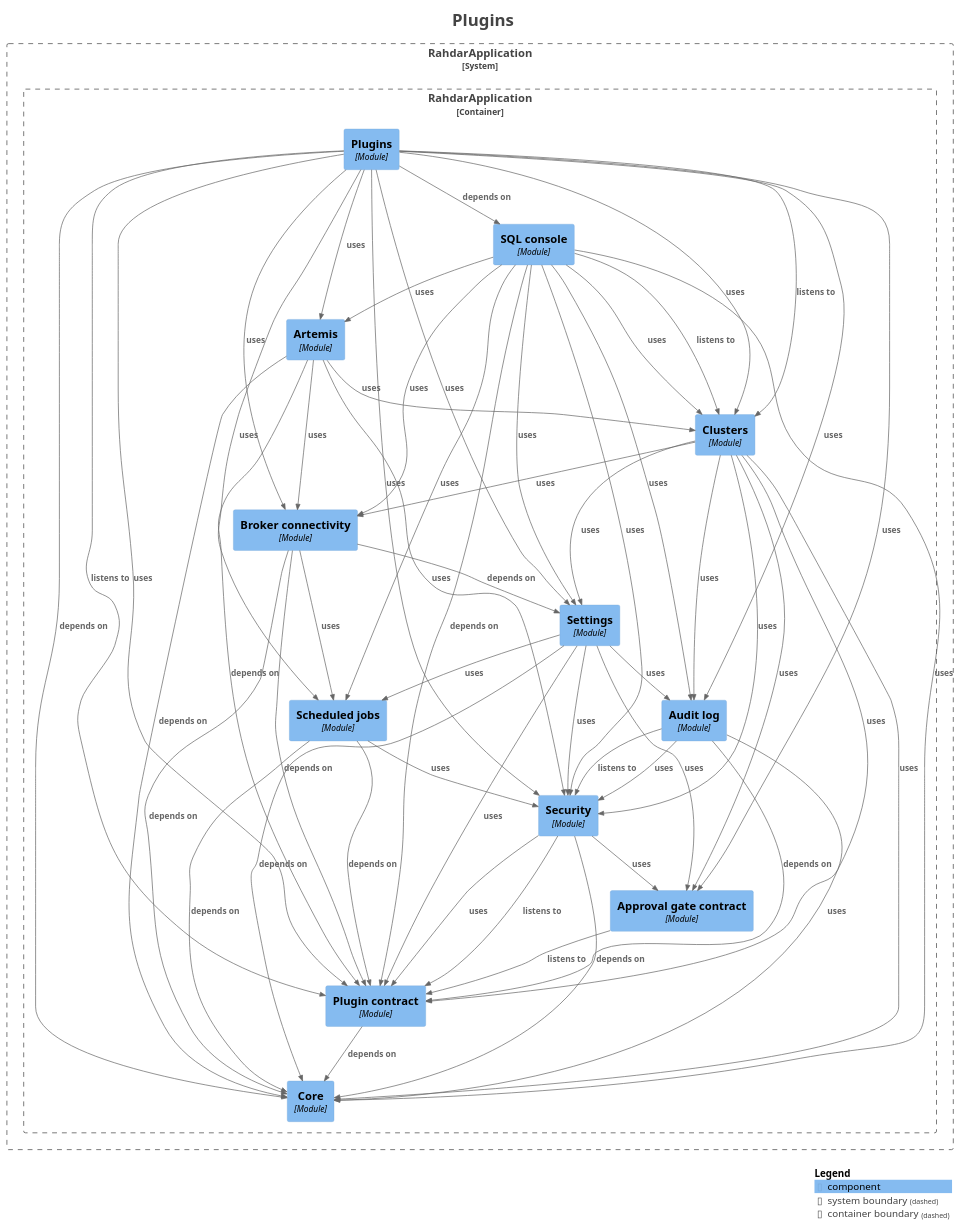
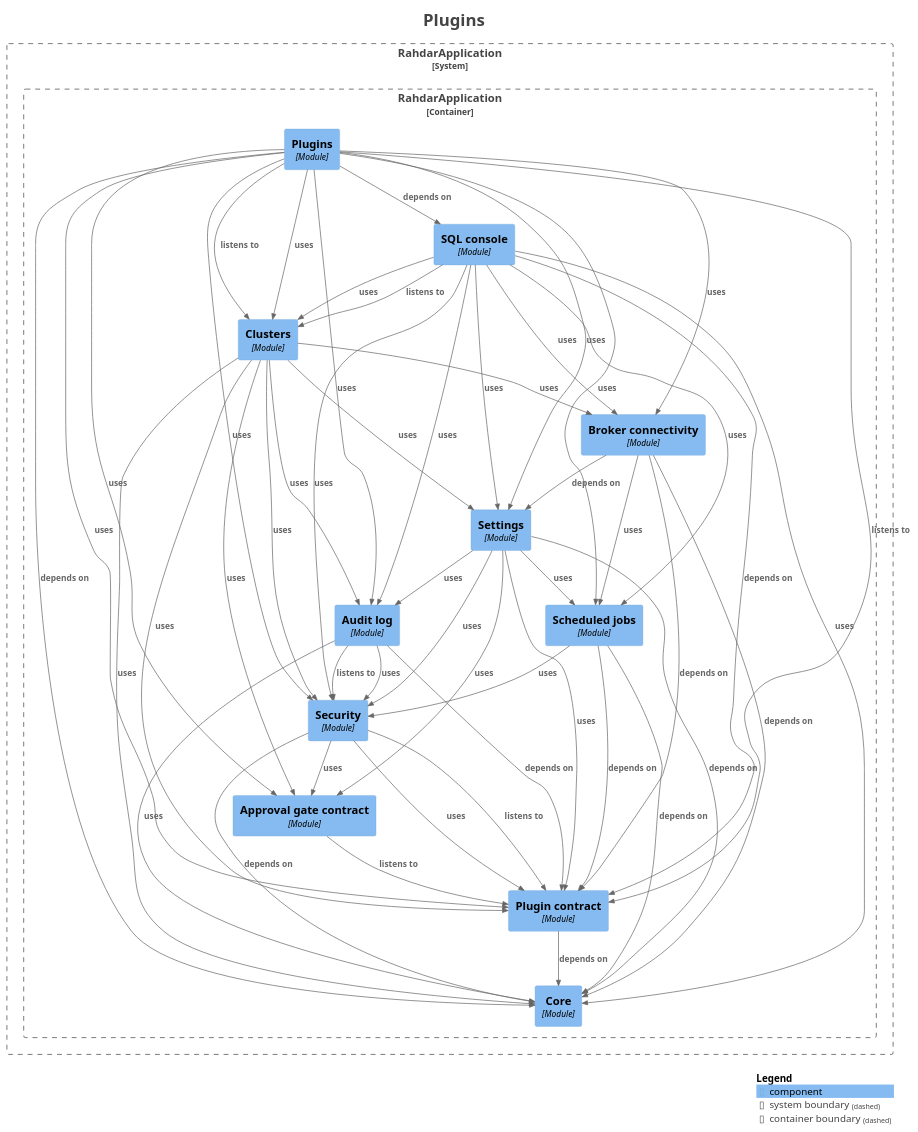
The diagram in docs/modules/module-feature.plugins.puml (sudoitir/rahdar), drawn with PlantUML before and after one commit. The commit also changed 63 other files, not shown here.

First line of the commit message:
refactor(broker): move taps, transfer staging and flow sampling behind system extensions

```diff
--- a/docs/modules/module-feature.plugins.puml
+++ b/docs/modules/module-feature.plugins.puml
@@ -1,97 +1,89 @@
 @startuml
 title <size:24>Plugins</size>
 
 set separator none
 top to bottom direction
 
 <style>
   root {
     BackgroundColor: #ffffff
     FontColor: #444444
   }
 </style>
 
 !include <C4/C4>
 !include <C4/C4_Context>
 !include <C4/C4_Component>
 
 System_Boundary("RahdarApplication_boundary", "RahdarApplication", $tags="") {
   Container_Boundary("RahdarApplication.RahdarApplication_boundary", "RahdarApplication", $tags="") {
     Component(RahdarApplication.RahdarApplication.Approvalgatecontract, "Approval gate contract", $techn="Module", $descr="", $tags="", $link="")
-    Component(RahdarApplication.RahdarApplication.Artemis, "Artemis", $techn="Module", $descr="", $tags="", $link="")
     Component(RahdarApplication.RahdarApplication.Auditlog, "Audit log", $techn="Module", $descr="", $tags="", $link="")
     Component(RahdarApplication.RahdarApplication.Brokerconnectivity, "Broker connectivity", $techn="Module", $descr="", $tags="", $link="")
     Component(RahdarApplication.RahdarApplication.Clusters, "Clusters", $techn="Module", $descr="", $tags="", $link="")
     Component(RahdarApplication.RahdarApplication.Core, "Core", $techn="Module", $descr="", $tags="", $link="")
     Component(RahdarApplication.RahdarApplication.Plugincontract, "Plugin contract", $techn="Module", $descr="", $tags="", $link="")
     Component(RahdarApplication.RahdarApplication.Plugins, "Plugins", $techn="Module", $descr="", $tags="", $link="")
     Component(RahdarApplication.RahdarApplication.SQLconsole, "SQL console", $techn="Module", $descr="", $tags="", $link="")
     Component(RahdarApplication.RahdarApplication.Scheduledjobs, "Scheduled jobs", $techn="Module", $descr="", $tags="", $link="")
     Component(RahdarApplication.RahdarApplication.Security, "Security", $techn="Module", $descr="", $tags="", $link="")
     Component(RahdarApplication.RahdarApplication.Settings, "Settings", $techn="Module", $descr="", $tags="", $link="")
   }
 
 }
 
 Rel(RahdarApplication.RahdarApplication.Approvalgatecontract, RahdarApplication.RahdarApplication.Plugincontract, "listens to", $techn="", $tags="", $link="")
-Rel(RahdarApplication.RahdarApplication.Artemis, RahdarApplication.RahdarApplication.Brokerconnectivity, "uses", $techn="", $tags="", $link="")
-Rel(RahdarApplication.RahdarApplication.Artemis, RahdarApplication.RahdarApplication.Clusters, "uses", $techn="", $tags="", $link="")
-Rel(RahdarApplication.RahdarApplication.Artemis, RahdarApplication.RahdarApplication.Core, "depends on", $techn="", $tags="", $link="")
-Rel(RahdarApplication.RahdarApplication.Artemis, RahdarApplication.RahdarApplication.Plugincontract, "depends on", $techn="", $tags="", $link="")
-Rel(RahdarApplication.RahdarApplication.Artemis, RahdarApplication.RahdarApplication.Security, "uses", $techn="", $tags="", $link="")
 Rel(RahdarApplication.RahdarApplication.Auditlog, RahdarApplication.RahdarApplication.Core, "uses", $techn="", $tags="", $link="")
 Rel(RahdarApplication.RahdarApplication.Auditlog, RahdarApplication.RahdarApplication.Plugincontract, "depends on", $techn="", $tags="", $link="")
 Rel(RahdarApplication.RahdarApplication.Auditlog, RahdarApplication.RahdarApplication.Security, "listens to", $techn="", $tags="", $link="")
 Rel(RahdarApplication.RahdarApplication.Auditlog, RahdarApplication.RahdarApplication.Security, "uses", $techn="", $tags="", $link="")
 Rel(RahdarApplication.RahdarApplication.Brokerconnectivity, RahdarApplication.RahdarApplication.Core, "depends on", $techn="", $tags="", $link="")
 Rel(RahdarApplication.RahdarApplication.Brokerconnectivity, RahdarApplication.RahdarApplication.Plugincontract, "depends on", $techn="", $tags="", $link="")
 Rel(RahdarApplication.RahdarApplication.Brokerconnectivity, RahdarApplication.RahdarApplication.Scheduledjobs, "uses", $techn="", $tags="", $link="")
 Rel(RahdarApplication.RahdarApplication.Brokerconnectivity, RahdarApplication.RahdarApplication.Settings, "depends on", $techn="", $tags="", $link="")
 Rel(RahdarApplication.RahdarApplication.Clusters, RahdarApplication.RahdarApplication.Approvalgatecontract, "uses", $techn="", $tags="", $link="")
 Rel(RahdarApplication.RahdarApplication.Clusters, RahdarApplication.RahdarApplication.Auditlog, "uses", $techn="", $tags="", $link="")
 Rel(RahdarApplication.RahdarApplication.Clusters, RahdarApplication.RahdarApplication.Brokerconnectivity, "uses", $techn="", $tags="", $link="")
 Rel(RahdarApplication.RahdarApplication.Clusters, RahdarApplication.RahdarApplication.Core, "uses", $techn="", $tags="", $link="")
 Rel(RahdarApplication.RahdarApplication.Clusters, RahdarApplication.RahdarApplication.Plugincontract, "uses", $techn="", $tags="", $link="")
 Rel(RahdarApplication.RahdarApplication.Clusters, RahdarApplication.RahdarApplication.Security, "uses", $techn="", $tags="", $link="")
 Rel(RahdarApplication.RahdarApplication.Clusters, RahdarApplication.RahdarApplication.Settings, "uses", $techn="", $tags="", $link="")
 Rel(RahdarApplication.RahdarApplication.Plugincontract, RahdarApplication.RahdarApplication.Core, "depends on", $techn="", $tags="", $link="")
 Rel(RahdarApplication.RahdarApplication.Plugins, RahdarApplication.RahdarApplication.Approvalgatecontract, "uses", $techn="", $tags="", $link="")
-Rel(RahdarApplication.RahdarApplication.Plugins, RahdarApplication.RahdarApplication.Artemis, "uses", $techn="", $tags="", $link="")
 Rel(RahdarApplication.RahdarApplication.Plugins, RahdarApplication.RahdarApplication.Auditlog, "uses", $techn="", $tags="", $link="")
 Rel(RahdarApplication.RahdarApplication.Plugins, RahdarApplication.RahdarApplication.Brokerconnectivity, "uses", $techn="", $tags="", $link="")
 Rel(RahdarApplication.RahdarApplication.Plugins, RahdarApplication.RahdarApplication.Clusters, "listens to", $techn="", $tags="", $link="")
 Rel(RahdarApplication.RahdarApplication.Plugins, RahdarApplication.RahdarApplication.Clusters, "uses", $techn="", $tags="", $link="")
 Rel(RahdarApplication.RahdarApplication.Plugins, RahdarApplication.RahdarApplication.Core, "depends on", $techn="", $tags="", $link="")
 Rel(RahdarApplication.RahdarApplication.Plugins, RahdarApplication.RahdarApplication.Plugincontract, "listens to", $techn="", $tags="", $link="")
 Rel(RahdarApplication.RahdarApplication.Plugins, RahdarApplication.RahdarApplication.Plugincontract, "uses", $techn="", $tags="", $link="")
 Rel(RahdarApplication.RahdarApplication.Plugins, RahdarApplication.RahdarApplication.SQLconsole, "depends on", $techn="", $tags="", $link="")
 Rel(RahdarApplication.RahdarApplication.Plugins, RahdarApplication.RahdarApplication.Scheduledjobs, "uses", $techn="", $tags="", $link="")
 Rel(RahdarApplication.RahdarApplication.Plugins, RahdarApplication.RahdarApplication.Security, "uses", $techn="", $tags="", $link="")
 Rel(RahdarApplication.RahdarApplication.Plugins, RahdarApplication.RahdarApplication.Settings, "uses", $techn="", $tags="", $link="")
-Rel(RahdarApplication.RahdarApplication.SQLconsole, RahdarApplication.RahdarApplication.Artemis, "uses", $techn="", $tags="", $link="")
 Rel(RahdarApplication.RahdarApplication.SQLconsole, RahdarApplication.RahdarApplication.Auditlog, "uses", $techn="", $tags="", $link="")
 Rel(RahdarApplication.RahdarApplication.SQLconsole, RahdarApplication.RahdarApplication.Brokerconnectivity, "uses", $techn="", $tags="", $link="")
 Rel(RahdarApplication.RahdarApplication.SQLconsole, RahdarApplication.RahdarApplication.Clusters, "listens to", $techn="", $tags="", $link="")
 Rel(RahdarApplication.RahdarApplication.SQLconsole, RahdarApplication.RahdarApplication.Clusters, "uses", $techn="", $tags="", $link="")
 Rel(RahdarApplication.RahdarApplication.SQLconsole, RahdarApplication.RahdarApplication.Core, "uses", $techn="", $tags="", $link="")
 Rel(RahdarApplication.RahdarApplication.SQLconsole, RahdarApplication.RahdarApplication.Plugincontract, "depends on", $techn="", $tags="", $link="")
 Rel(RahdarApplication.RahdarApplication.SQLconsole, RahdarApplication.RahdarApplication.Scheduledjobs, "uses", $techn="", $tags="", $link="")
 Rel(RahdarApplication.RahdarApplication.SQLconsole, RahdarApplication.RahdarApplication.Security, "uses", $techn="", $tags="", $link="")
 Rel(RahdarApplication.RahdarApplication.SQLconsole, RahdarApplication.RahdarApplication.Settings, "uses", $techn="", $tags="", $link="")
 Rel(RahdarApplication.RahdarApplication.Scheduledjobs, RahdarApplication.RahdarApplication.Core, "depends on", $techn="", $tags="", $link="")
 Rel(RahdarApplication.RahdarApplication.Scheduledjobs, RahdarApplication.RahdarApplication.Plugincontract, "depends on", $techn="", $tags="", $link="")
 Rel(RahdarApplication.RahdarApplication.Scheduledjobs, RahdarApplication.RahdarApplication.Security, "uses", $techn="", $tags="", $link="")
 Rel(RahdarApplication.RahdarApplication.Security, RahdarApplication.RahdarApplication.Approvalgatecontract, "uses", $techn="", $tags="", $link="")
 Rel(RahdarApplication.RahdarApplication.Security, RahdarApplication.RahdarApplication.Core, "depends on", $techn="", $tags="", $link="")
 Rel(RahdarApplication.RahdarApplication.Security, RahdarApplication.RahdarApplication.Plugincontract, "listens to", $techn="", $tags="", $link="")
 Rel(RahdarApplication.RahdarApplication.Security, RahdarApplication.RahdarApplication.Plugincontract, "uses", $techn="", $tags="", $link="")
 Rel(RahdarApplication.RahdarApplication.Settings, RahdarApplication.RahdarApplication.Approvalgatecontract, "uses", $techn="", $tags="", $link="")
 Rel(RahdarApplication.RahdarApplication.Settings, RahdarApplication.RahdarApplication.Auditlog, "uses", $techn="", $tags="", $link="")
 Rel(RahdarApplication.RahdarApplication.Settings, RahdarApplication.RahdarApplication.Core, "depends on", $techn="", $tags="", $link="")
 Rel(RahdarApplication.RahdarApplication.Settings, RahdarApplication.RahdarApplication.Plugincontract, "uses", $techn="", $tags="", $link="")
 Rel(RahdarApplication.RahdarApplication.Settings, RahdarApplication.RahdarApplication.Scheduledjobs, "uses", $techn="", $tags="", $link="")
 Rel(RahdarApplication.RahdarApplication.Settings, RahdarApplication.RahdarApplication.Security, "uses", $techn="", $tags="", $link="")
 
 SHOW_LEGEND(true)
 hide stereotypes
 @enduml
```
